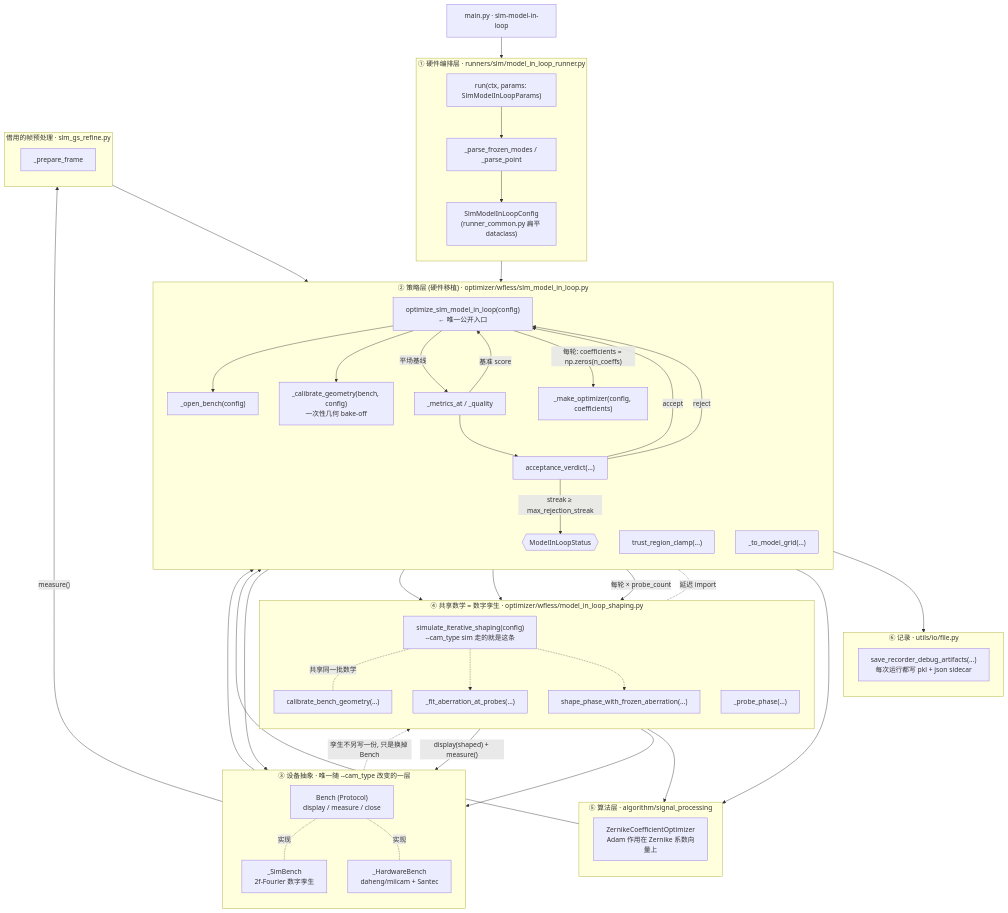
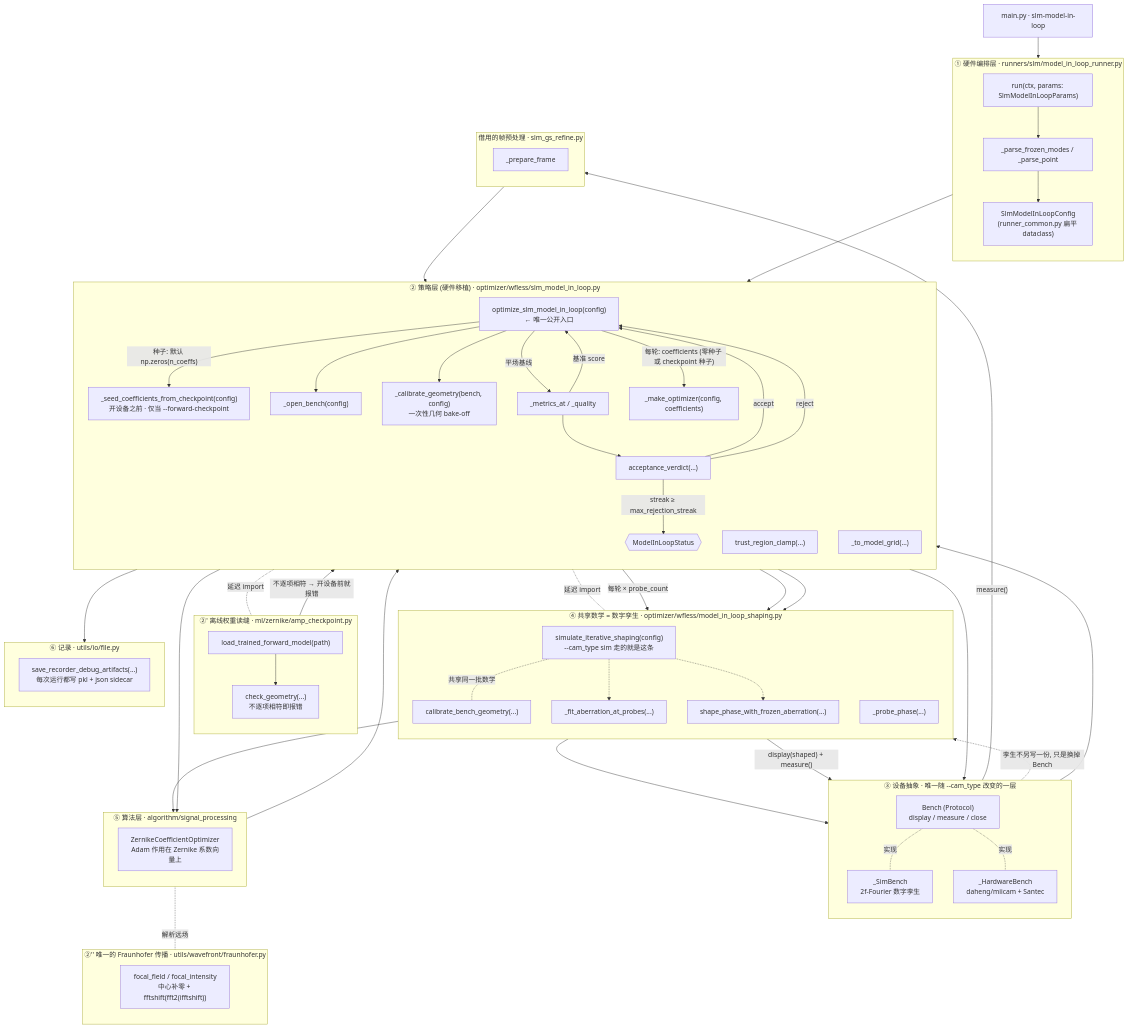
One commit to ywzhang909/AO-shaping changed the first of 4 diagrams in docs/slm/model_in_loop_algorithm.md. Above: the diagram before and after it, drawn with Mermaid. The commit also changed other lines of this file and 2 other files, not shown here.

```diff
--- a/docs/slm/model_in_loop_algorithm.md
+++ b/docs/slm/model_in_loop_algorithm.md
@@ -43,6 +43,7 @@
     subgraph L2["② 策略层 (硬件移植) · optimizer/wfless/slm_model_in_loop.py"]
         direction TB
         OPT["optimize_slm_model_in_loop(config)<br/>← 唯一公开入口"]
+        SEED["_seed_coefficients_from_checkpoint(config)<br/>开设备之前 · 仅当 --forward-checkpoint"]
         OPEN["_open_bench(config)"]
         GEOM["_calibrate_geometry(bench, config)<br/>一次性几何 bake-off"]
         MKOPT["_make_optimizer(config, coefficients)"]
@@ -51,6 +52,17 @@
         TGRID["_to_model_grid(...)"]
         ACC["acceptance_verdict(...)"]
         VERDICT{{"ModelInLoopStatus"}}
+    end
+
+    subgraph LCK["②' 离线权重读缝 · ml/zernike/amp_checkpoint.py"]
+        direction TB
+        LOAD["load_trained_forward_model(path)"]
+        CHK["check_geometry(...)<br/>不逐项相符即报错"]
+    end
+
+    subgraph LFR["②'' 唯一的 Fraunhofer 传播 · utils/wavefront/fraunhofer.py"]
+        direction TB
+        FR["focal_field / focal_intensity<br/>中心补零 + fftshift(fft2(ifftshift))"]
     end
 
     subgraph LB["③ 设备抽象 · 唯一随 --cam_type 改变的一层"]
@@ -88,6 +100,10 @@
 
     CLI --> RUN
     CFG --> OPT
+    OPT -->|"种子: 默认 np.zeros(n_coeffs)"| SEED
+    SEED -.延迟 import.- LOAD
+    LOAD --> CHK
+    CHK -->|"不逐项相符 → 开设备前就报错"| SEED
     OPT --> OPEN
     OPEN --> BENCH
     OPT --> GEOM
@@ -95,8 +111,9 @@
     OPT -->|"平场基线"| QUAL
     QUAL -->|"基准 score"| OPT
 
-    OPT -->|"每轮: coefficients = np.zeros(n_coeffs)"| MKOPT
+    OPT -->|"每轮: coefficients (零种子 或 checkpoint 种子)"| MKOPT
     MKOPT --> ZCO
+    ZCO -.解析远场.- FR
     OPT -->|"每轮 × probe_count"| PROBE
     PROBE --> BENCH
     BENCH -->|"measure()"| PREP
```
